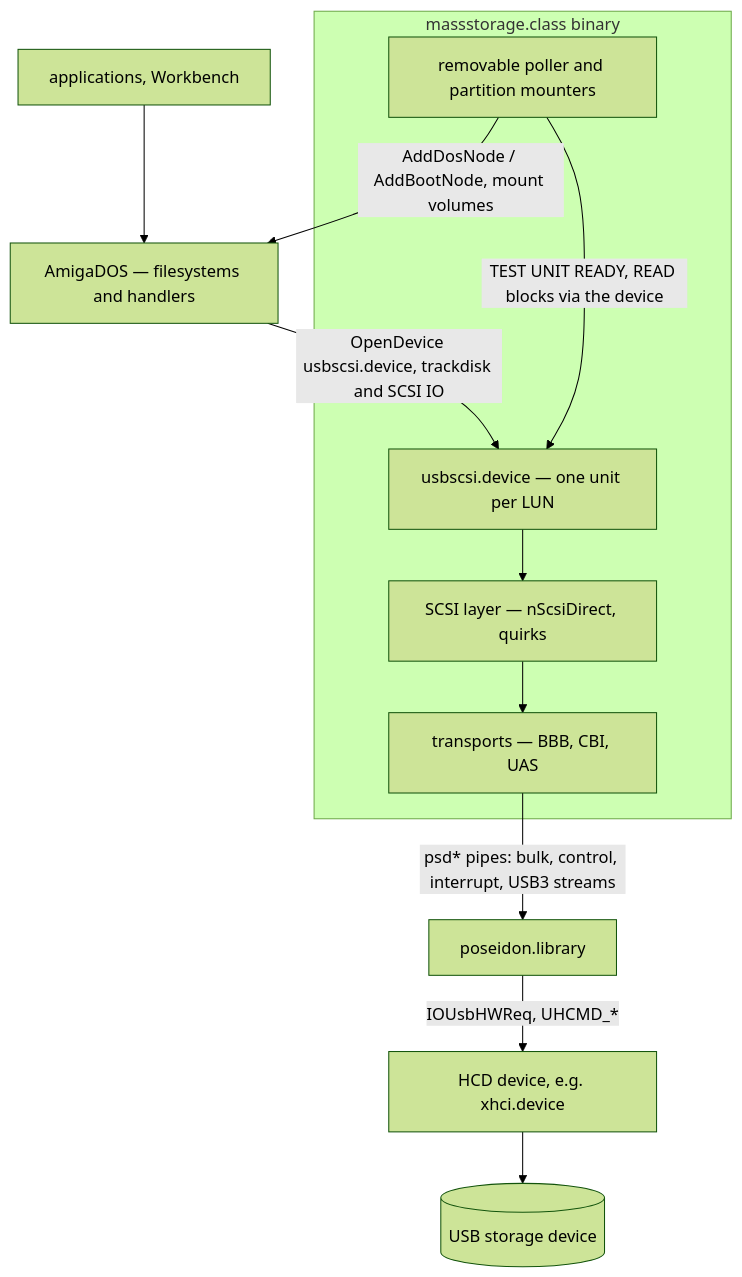
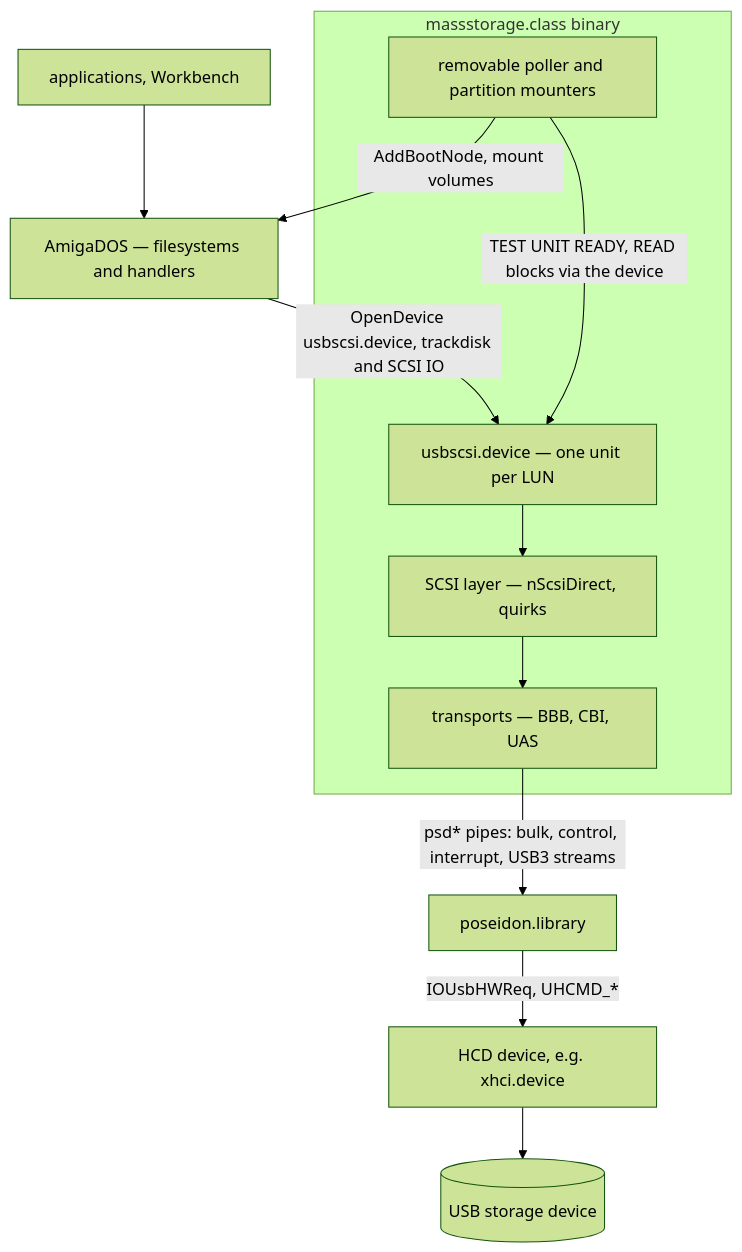
One commit to rondoval/poseidon-backport changed the first of 12 diagrams in docs/massstorage.class-architecture.md. Above: the diagram before and after it, drawn with Mermaid (forest theme). The commit also changed other lines of this file and 7 other files, not shown here.

````diff
--- a/docs/massstorage.class-architecture.md
+++ b/docs/massstorage.class-architecture.md
@@ -59,23 +60,23 @@
 ```mermaid
 flowchart TB
     DOS["AmigaDOS — filesystems and handlers"]
     APP["applications, Workbench"]
     subgraph MS["massstorage.class binary"]
         DEV["usbscsi.device — one unit per LUN"]
         SCSI["SCSI layer — nScsiDirect, quirks"]
         TP["transports — BBB, CBI, UAS"]
         MNT["removable poller and partition mounters"]
     end
     PS["poseidon.library"]
     HCD["HCD device, e.g. xhci.device"]
     BUS[("USB storage device")]
 
     APP --> DOS
     DOS -->|"OpenDevice usbscsi.device, trackdisk and SCSI IO"| DEV
-    MNT -->|"AddDosNode / AddBootNode, mount volumes"| DOS
+    MNT -->|"AddBootNode, mount volumes"| DOS
     DEV --> SCSI --> TP
     MNT -->|"TEST UNIT READY, READ blocks via the device"| DEV
     TP -->|"psd* pipes: bulk, control, interrupt, USB3 streams"| PS
     PS -->|"IOUsbHWReq, UHCMD_*"| HCD
     HCD --> BUS
 ```
````
